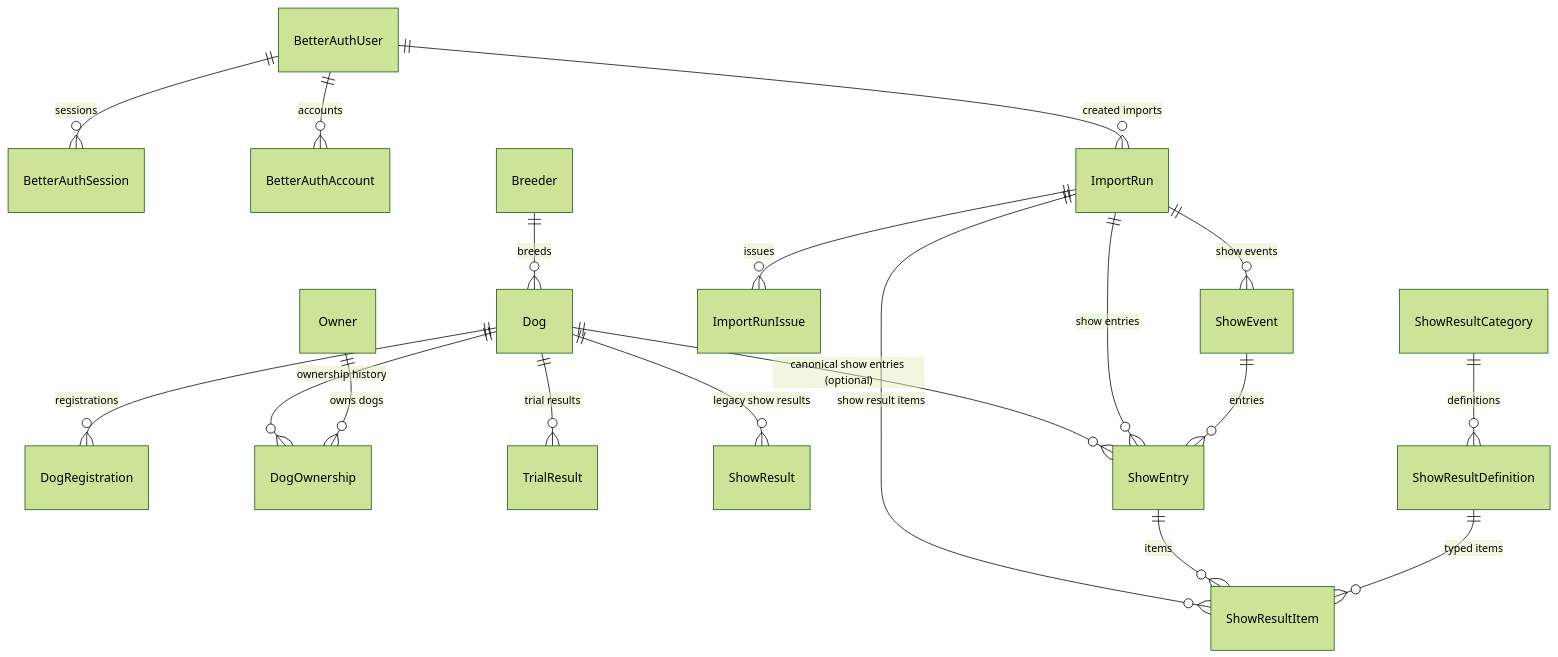
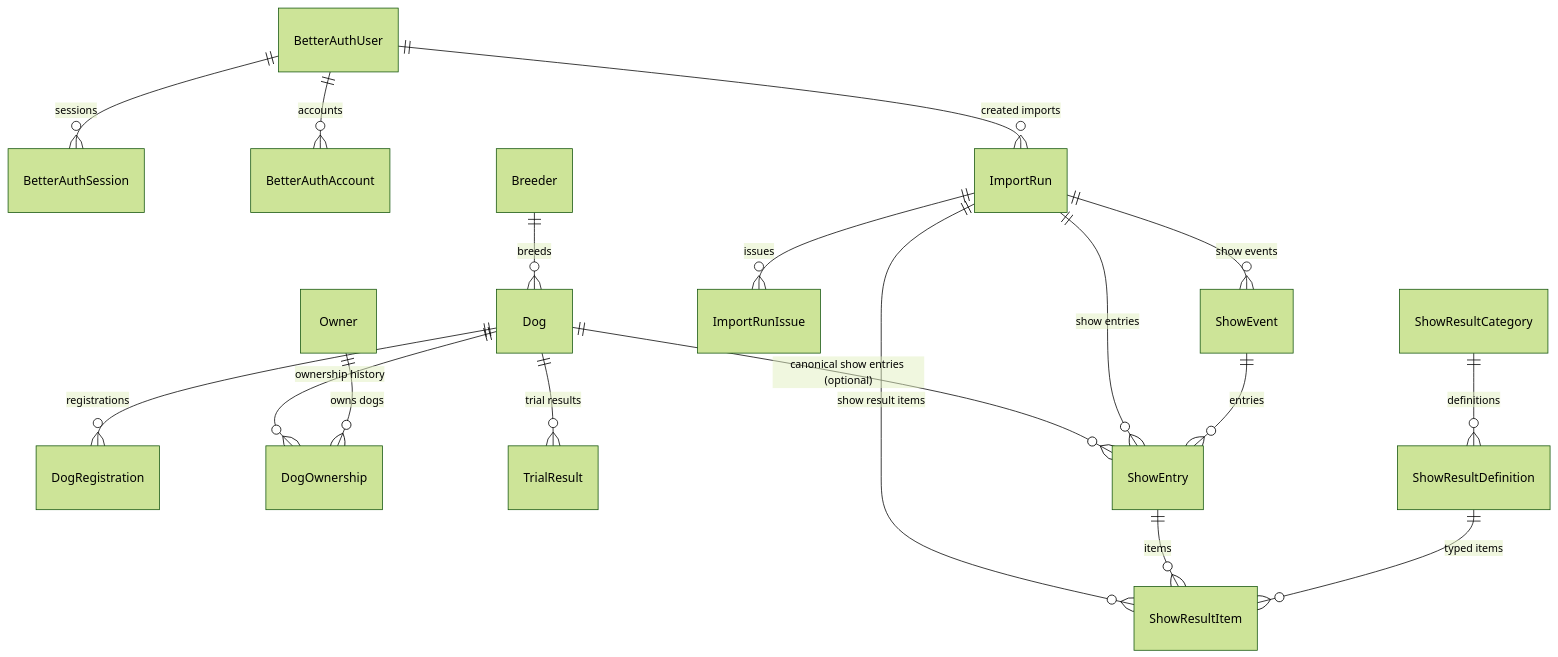
Before and after one commit to asku1990/BeagleAppV2: the diagram in docs/features/schema/schema.md, drawn with Mermaid (forest theme). The commit also changed other lines of this file and 25 other files, not shown here.

````diff
--- a/docs/features/schema/schema.md
+++ b/docs/features/schema/schema.md
@@ -23,24 +23,23 @@
 ```mermaid
 erDiagram
   BetterAuthUser ||--o{ BetterAuthSession : "sessions"
   BetterAuthUser ||--o{ BetterAuthAccount : "accounts"
   BetterAuthUser ||--o{ ImportRun : "created imports"
 
   Breeder ||--o{ Dog : "breeds"
   Dog ||--o{ DogRegistration : "registrations"
   Dog ||--o{ DogOwnership : "ownership history"
   Owner ||--o{ DogOwnership : "owns dogs"
   Dog ||--o{ TrialResult : "trial results"
-  Dog ||--o{ ShowResult : "legacy show results"
   Dog ||--o{ ShowEntry : "canonical show entries (optional)"
 
   ImportRun ||--o{ ImportRunIssue : "issues"
   ImportRun ||--o{ ShowEvent : "show events"
   ImportRun ||--o{ ShowEntry : "show entries"
   ImportRun ||--o{ ShowResultItem : "show result items"
 
   ShowEvent ||--o{ ShowEntry : "entries"
   ShowResultCategory ||--o{ ShowResultDefinition : "definitions"
   ShowEntry ||--o{ ShowResultItem : "items"
   ShowResultDefinition ||--o{ ShowResultItem : "typed items"
 ```
````
